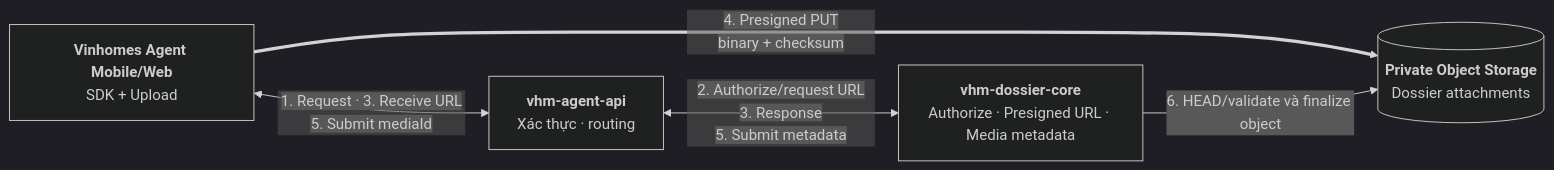
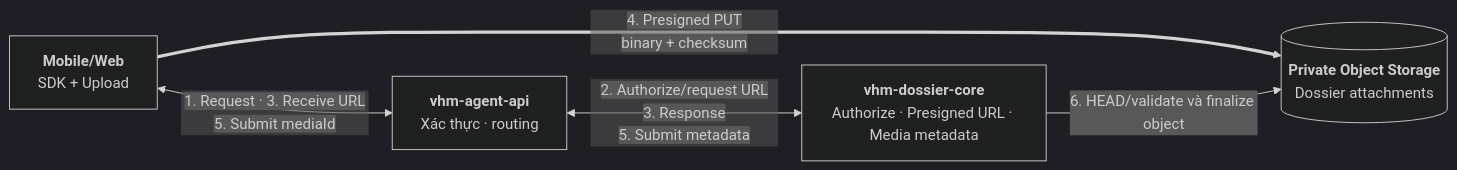
One commit to huynv-xyz/vhm changed the first of 10 diagrams in noxh.md. Above: the diagram before and after it, drawn with Mermaid (dark theme). The commit also changed other lines of this file, not shown here.

````diff
--- a/noxh.md
+++ b/noxh.md
@@ -141,20 +141,20 @@
 ```mermaid
 flowchart LR
-    AGENT["`**Vinhomes Agent Mobile/Web**
+    AGENT["`**Mobile/Web**
 SDK + Upload`"]
     BFF["`**vhm-agent-api**
 Xác thực · routing`"]
     NOXH["`**vhm-dossier-core**
 Authorize · Presigned URL · Media metadata`"]
     MEDIA[("`**Private Object Storage**
 Dossier attachments`")]
 
     AGENT <-->|"`1. Request · 3. Receive URL
 5. Submit mediaId`"| BFF
     BFF <-->|"`2. Authorize/request URL
 3. Response
 5. Submit metadata`"| NOXH
     AGENT ==>|"`4. Presigned PUT
 binary + checksum`"| MEDIA
     NOXH -->|"6. HEAD/validate và finalize object"| MEDIA
 ```
````
